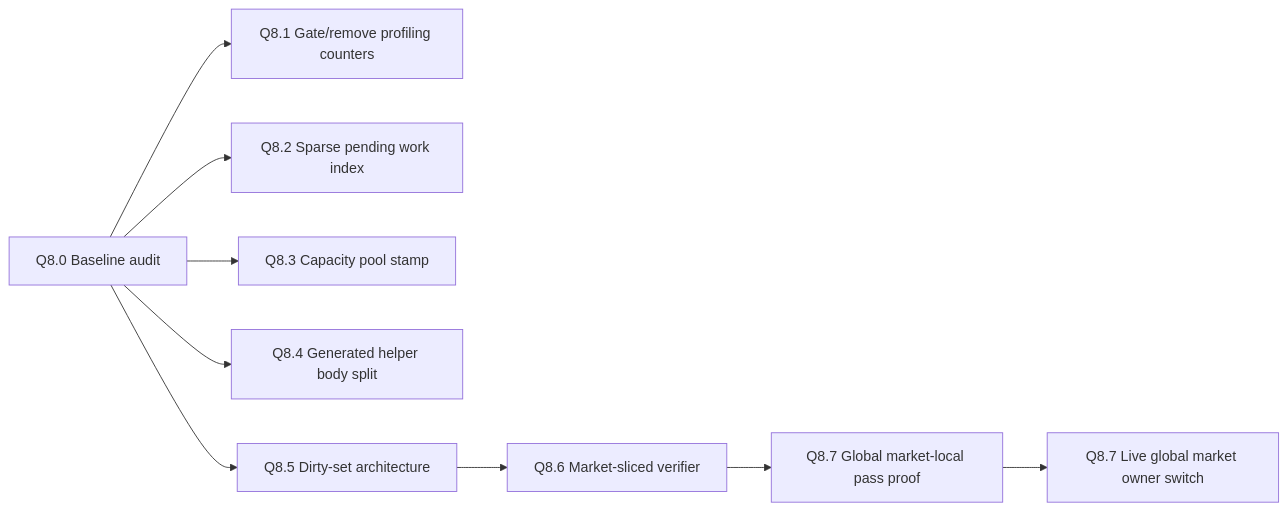
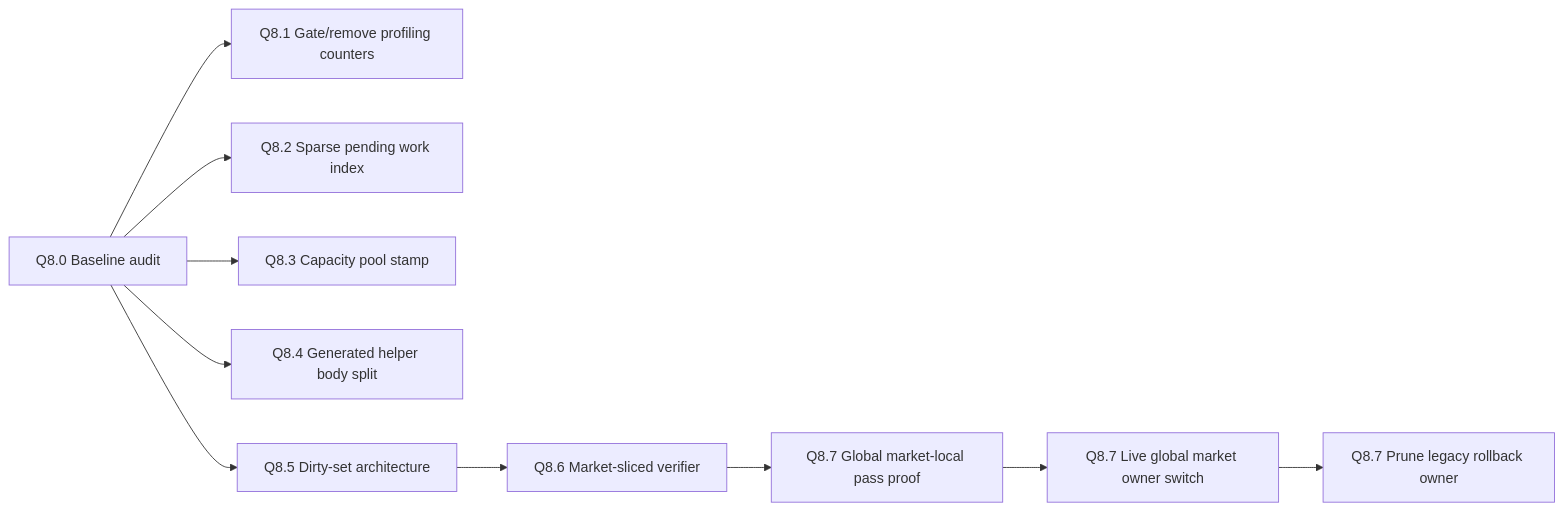
The diagram in docs/audits/q8/Q8_IMPLEMENTATION_BACKLOG.md (eu5mod/eu5-no-void-economy), drawn with Mermaid before and after one commit. The commit also changed other lines of this file, not shown here.

Commit message:
Mark Q8.7 rollback owner as pruned

````diff
--- a/docs/audits/q8/Q8_IMPLEMENTATION_BACKLOG.md
+++ b/docs/audits/q8/Q8_IMPLEMENTATION_BACKLOG.md
@@ -7,11 +7,12 @@
 ```mermaid
 flowchart LR
     A[Q8.0 Baseline audit] --> B[Q8.1 Gate/remove profiling counters]
     A --> C[Q8.2 Sparse pending work index]
     A --> D[Q8.3 Capacity pool stamp]
     A --> E[Q8.4 Generated helper body split]
     A --> F[Q8.5 Dirty-set architecture]
     F --> G[Q8.6 Market-sliced verifier]
     G --> H[Q8.7 Global market-local pass proof]
     H --> I[Q8.7 Live global market owner switch]
+    I --> J[Q8.7 Prune legacy rollback owner]
 ```
````
